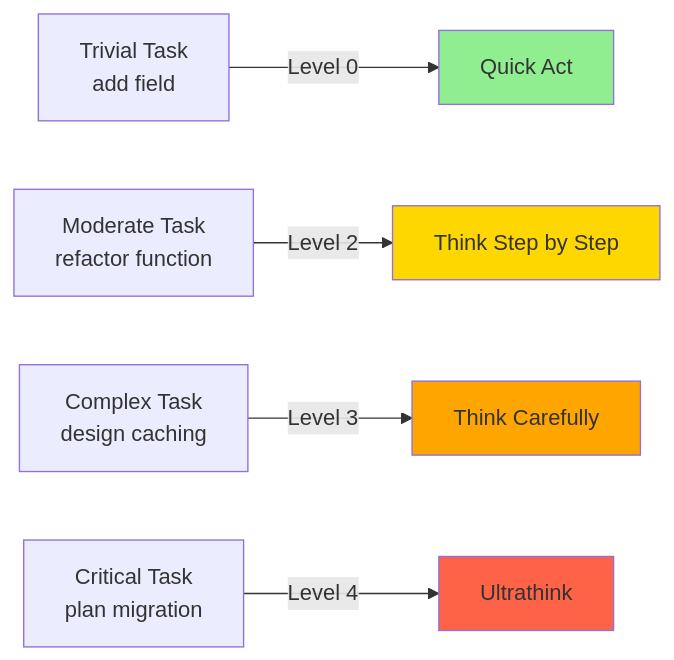
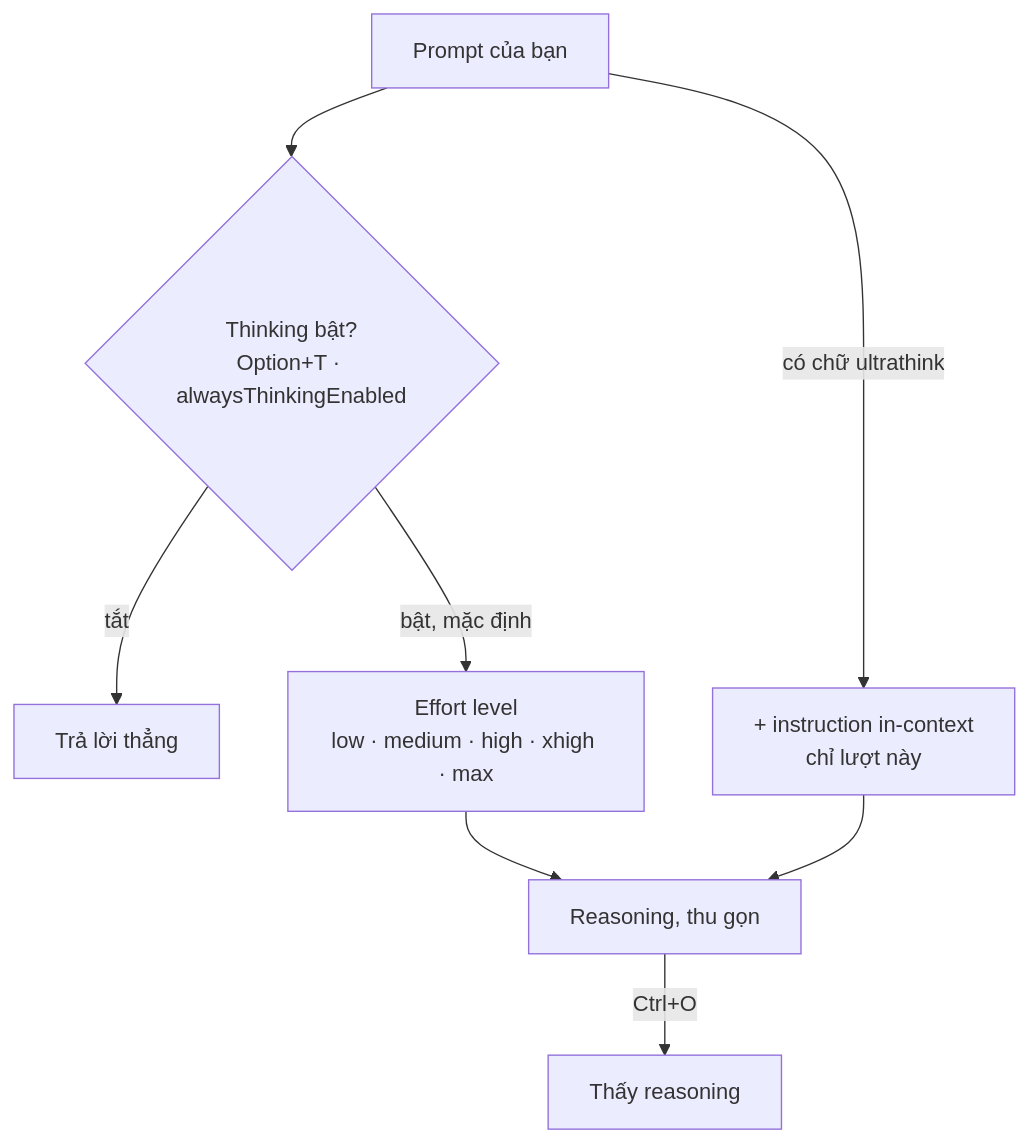
One commit to ShipWithAI/claude-code-mastery changed the diagram in src/content/docs/vi/claude-code/phase-06-thinking-planning/01-think-mode.mdx. Above: the diagram before and after it, drawn with Mermaid. The commit also changed other lines of this file and 1 other file, not shown here.

First line of the commit message:
rewrite(6.1): think mode — effort levels, ultrathink, thinking toggle (audit W1-5)

````diff
--- a/src/content/docs/vi/claude-code/phase-06-thinking-planning/01-think-mode.mdx
+++ b/src/content/docs/vi/claude-code/phase-06-thinking-planning/01-think-mode.mdx
@@ -69,12 +49,10 @@
 ```mermaid
-graph LR
-    A[Trivial Task<br/>add field] -->|Level 0| B[Quick Act]
-    C[Moderate Task<br/>refactor function] -->|Level 2| D[Think Step by Step]
-    E[Complex Task<br/>design caching] -->|Level 3| F[Think Carefully]
-    G[Critical Task<br/>plan migration] -->|Level 4| H[Ultrathink]
-
-    style B fill:#90EE90
-    style D fill:#FFD700
-    style F fill:#FFA500
-    style H fill:#FF6347
+graph TD
+    A[Prompt của bạn] --> B{Thinking bật?<br/>Option+T · alwaysThinkingEnabled}
+    B -->|tắt| E[Trả lời thẳng]
+    B -->|bật, mặc định| C[Effort level<br/>low · medium · high · xhigh · max]
+    A -->|có chữ ultrathink| D[+ instruction in-context<br/>chỉ lượt này]
+    C --> F[Reasoning, thu gọn]
+    D --> F
+    F -->|Ctrl+O| G[Thấy reasoning]
 ```
````
